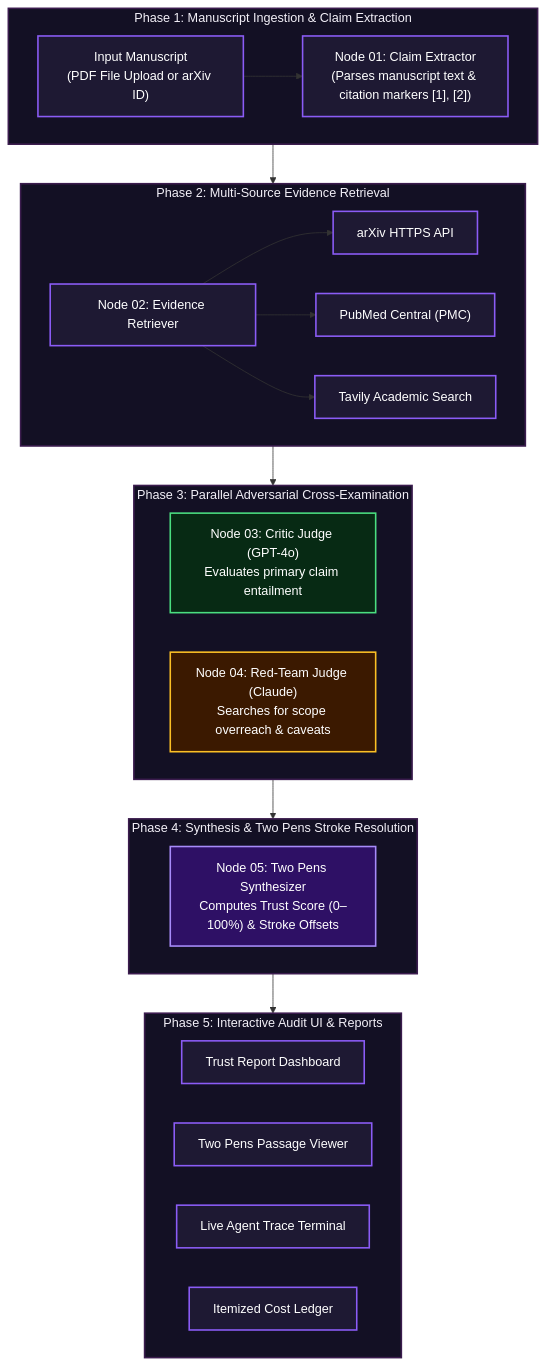
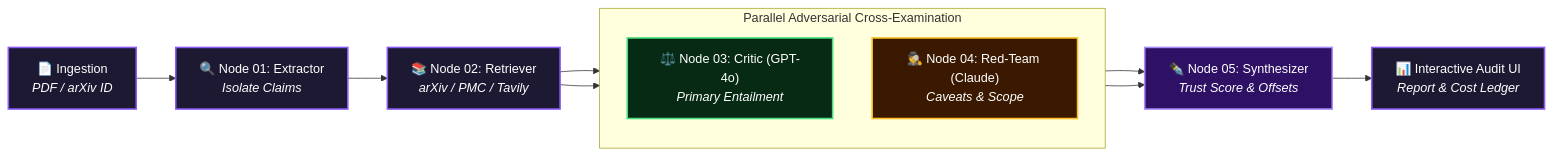
One commit to KanishJebaMathewM/Citation-Integrity-Engine changed the diagram in README.md. Above: the diagram before and after it, drawn with Mermaid. The commit also changed other lines of this file, not shown here.

Commit message:
docs: streamline system architecture diagram and add 5-criteria evaluation scorecard

````diff
--- a/README.md
+++ b/README.md
@@ -23,51 +23,27 @@
 ```mermaid
-flowchart TB
-    subgraph PHASE1 ["Phase 1: Manuscript Ingestion &amp; Claim Extraction"]
-        direction LR
-        A1["Input Manuscript<br/>(PDF File Upload or arXiv ID)"] --> A2["Node 01: Claim Extractor<br/>(Parses manuscript text &amp; citation markers [1], [2])"]
+flowchart LR
+    A["📄 Ingestion<br/><i>PDF / arXiv ID</i>"] --> B["🔍 Node 01: Extractor<br/><i>Isolate Claims</i>"]
+    B --> C["📚 Node 02: Retriever<br/><i>arXiv / PMC / Tavily</i>"]
+    
+    subgraph ADV ["Parallel Adversarial Cross-Examination"]
+        direction TB
+        D1["⚖️ Node 03: Critic (GPT-4o)<br/><i>Primary Entailment</i>"]
+        D2["🕵️ Node 04: Red-Team (Claude)<br/><i>Caveats & Scope</i>"]
     end
+    
+    C --> D1
+    C --> D2
+    D1 --> E["✒️ Node 05: Synthesizer<br/><i>Trust Score & Offsets</i>"]
+    D2 --> E
+    E --> F["📊 Interactive Audit UI<br/><i>Report & Cost Ledger</i>"]
 
-    subgraph PHASE2 ["Phase 2: Multi-Source Evidence Retrieval"]
-        direction LR
-        B1["Node 02: Evidence Retriever"] --> B2["arXiv HTTPS API"]
-        B1 --> B3["PubMed Central (PMC)"]
-        B1 --> B4["Tavily Academic Search"]
-    end
-
-    subgraph PHASE3 ["Phase 3: Parallel Adversarial Cross-Examination"]
-        direction LR
-        C1["Node 03: Critic Judge (GPT-4o)<br/>Evaluates primary claim entailment"]
-        C2["Node 04: Red-Team Judge (Claude)<br/>Searches for scope overreach &amp; caveats"]
-    end
-
-    subgraph PHASE4 ["Phase 4: Synthesis &amp; Two Pens Stroke Resolution"]
-        direction LR
-        D1["Node 05: Two Pens Synthesizer<br/>Computes Trust Score (0–100%) &amp; Stroke Offsets"]
-    end
-
-    subgraph PHASE5 ["Phase 5: Interactive Audit UI &amp; Reports"]
-        direction LR
-        E1["Trust Report Dashboard"]
-        E2["Two Pens Passage Viewer"]
-        E3["Live Agent Trace Terminal"]
-        E4["Itemized Cost Ledger"]
-    end
-
-    PHASE1 --> PHASE2
-    PHASE2 --> PHASE3
-    PHASE3 --> PHASE4
-    PHASE4 --> PHASE5
-
-    classDef phase fill:#131024,stroke:#3b1c4e,stroke-width:2px,color:#f3f0f8;
     classDef nodeMain fill:#1e1933,stroke:#8b5cf6,stroke-width:2px,color:#ffffff;
     classDef nodeCritic fill:#072a14,stroke:#4ade80,stroke-width:2px,color:#ffffff;
     classDef nodeRedTeam fill:#3b1900,stroke:#fbbf24,stroke-width:2px,color:#ffffff;
     classDef nodeSynth fill:#2e1065,stroke:#a78bfa,stroke-width:2px,color:#ffffff;
 
-    class PHASE1,PHASE2,PHASE3,PHASE4,PHASE5 phase;
-    class A1,A2,B1,B2,B3,B4 nodeMain;
-    class C1 nodeCritic;
-    class C2 nodeRedTeam;
-    class D1 nodeSynth;
-    class E1,E2,E3,E4 nodeMain;
+    class A,B,C,F nodeMain;
+    class D1 nodeCritic;
+    class D2 nodeRedTeam;
+    class E nodeSynth;
 ```
````
